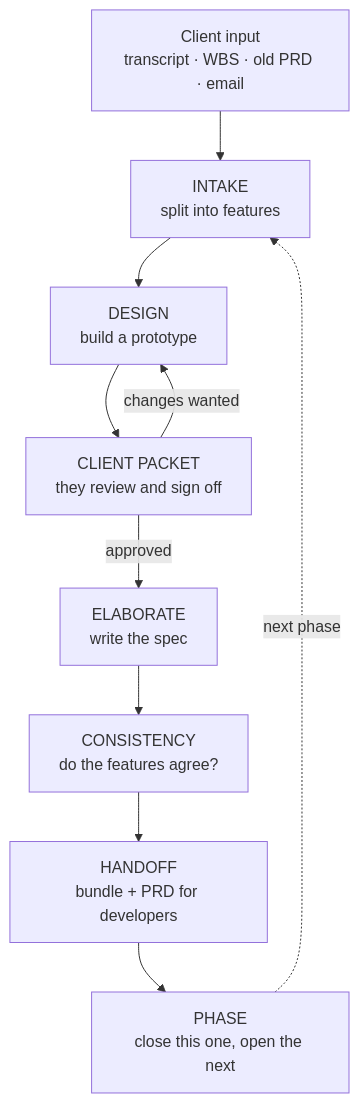
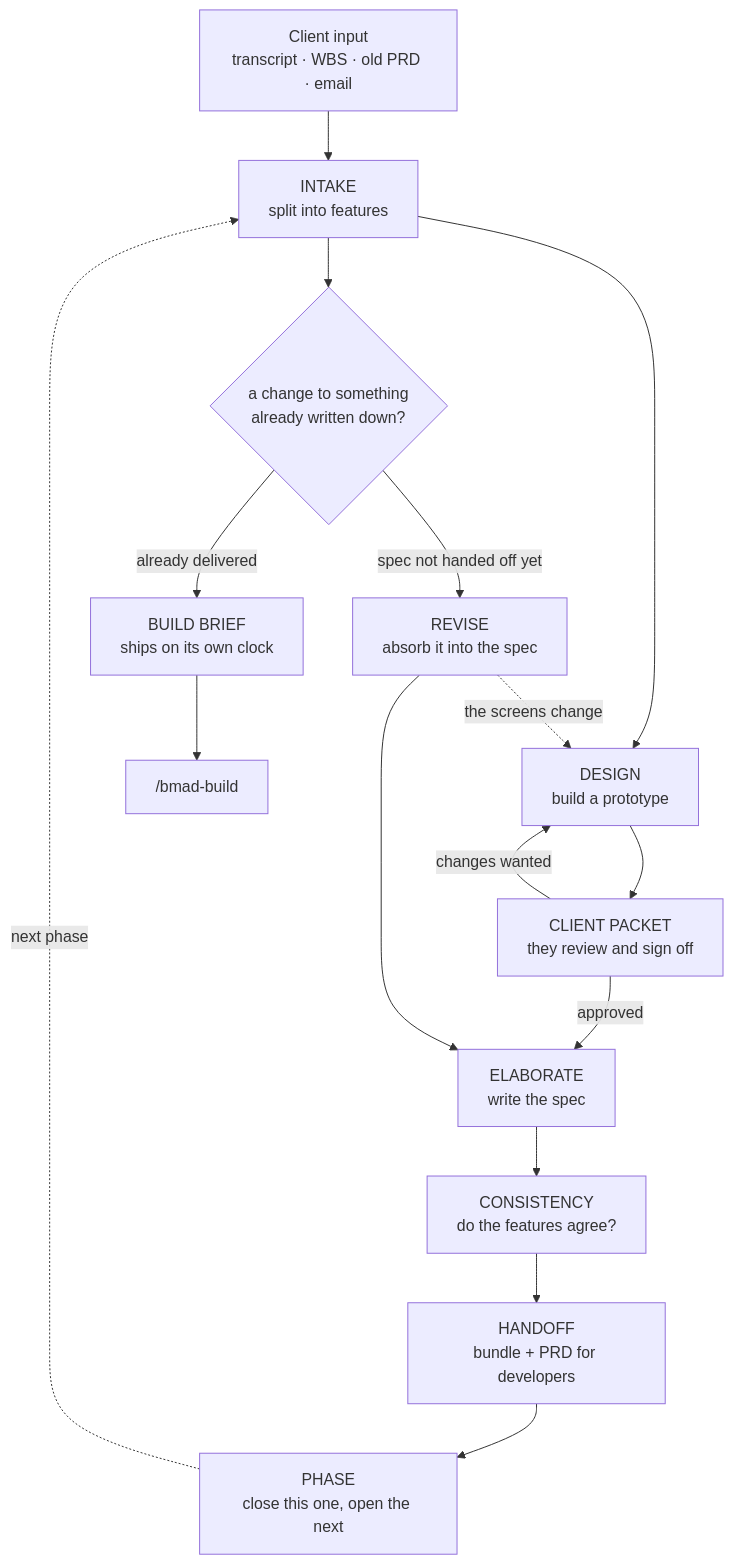
Before and after one commit to Relevant-S/bmad-fdw: the diagram in README.md, drawn with Mermaid. The commit also changed other lines of this file and 23 other files, not shown here.

````diff
--- a/README.md
+++ b/README.md
@@ -108,12 +112,19 @@
 ```mermaid
 flowchart TD
     A["Client input<br/>transcript · WBS · old PRD · email"] --> B["INTAKE<br/>split into features"]
     B --> C["DESIGN<br/>build a prototype"]
     C --> D["CLIENT PACKET<br/>they review and sign off"]
     D -->|"changes wanted"| C
     D -->|"approved"| E["ELABORATE<br/>write the spec"]
     E --> F["CONSISTENCY<br/>do the features agree?"]
     F --> G["HANDOFF<br/>bundle + PRD for developers"]
     G --> H["PHASE<br/>close this one, open the next"]
     H -.->|"next phase"| B
+
+    B --> X{"a change to something<br/>already written down?"}
+    X -->|"spec not handed off yet"| R["REVISE<br/>absorb it into the spec"]
+    R --> E
+    R -.->|"the screens change"| C
+    X -->|"already delivered"| U["BUILD BRIEF<br/>ships on its own clock"]
+    U --> V["/bmad-build"]
 ```
````
